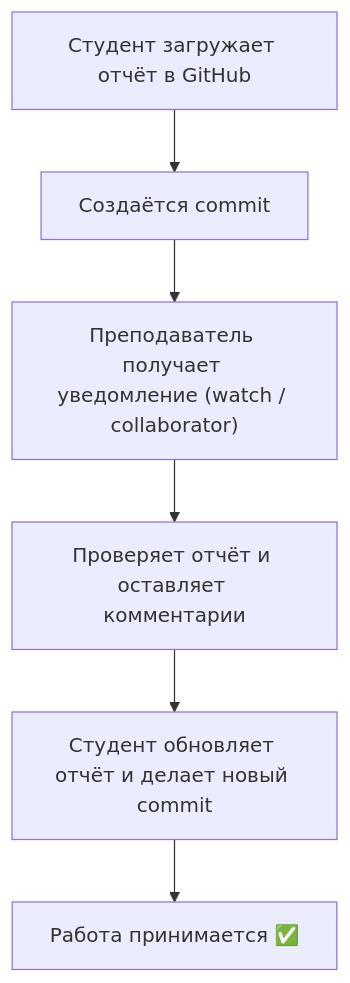
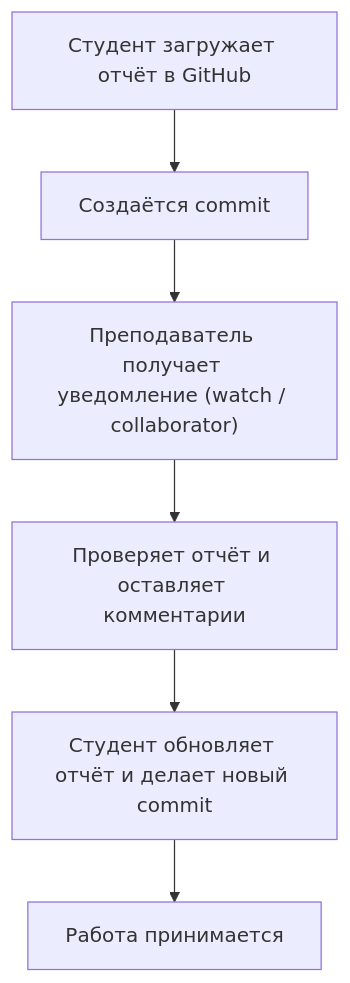
Before and after one commit to ferroshnich/Learning-management-system_Miroshnichenko_Denis: the first of 2 diagrams in README.md, drawn with Mermaid. The commit also changed other lines of this file, not shown here.

````diff
--- a/README.md
+++ b/README.md
@@ -27,8 +27,8 @@
 ```mermaid
 flowchart TD
     A["Студент загружает отчёт в GitHub"] --> B["Создаётся commit"]
     B --> C["Преподаватель получает уведомление (watch / collaborator)"]
     C --> D["Проверяет отчёт и оставляет комментарии"]
     D --> E["Студент обновляет отчёт и делает новый commit"]
-    E --> F["Работа принимается ✅"]
+    E --> F["Работа принимается"]
 ```
````
